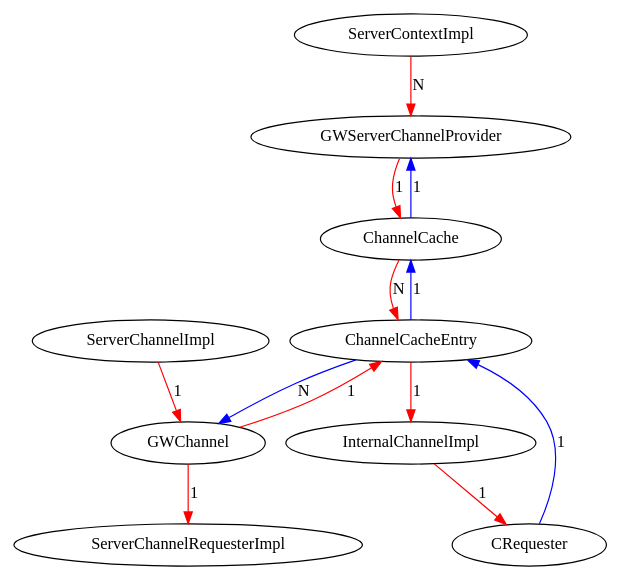
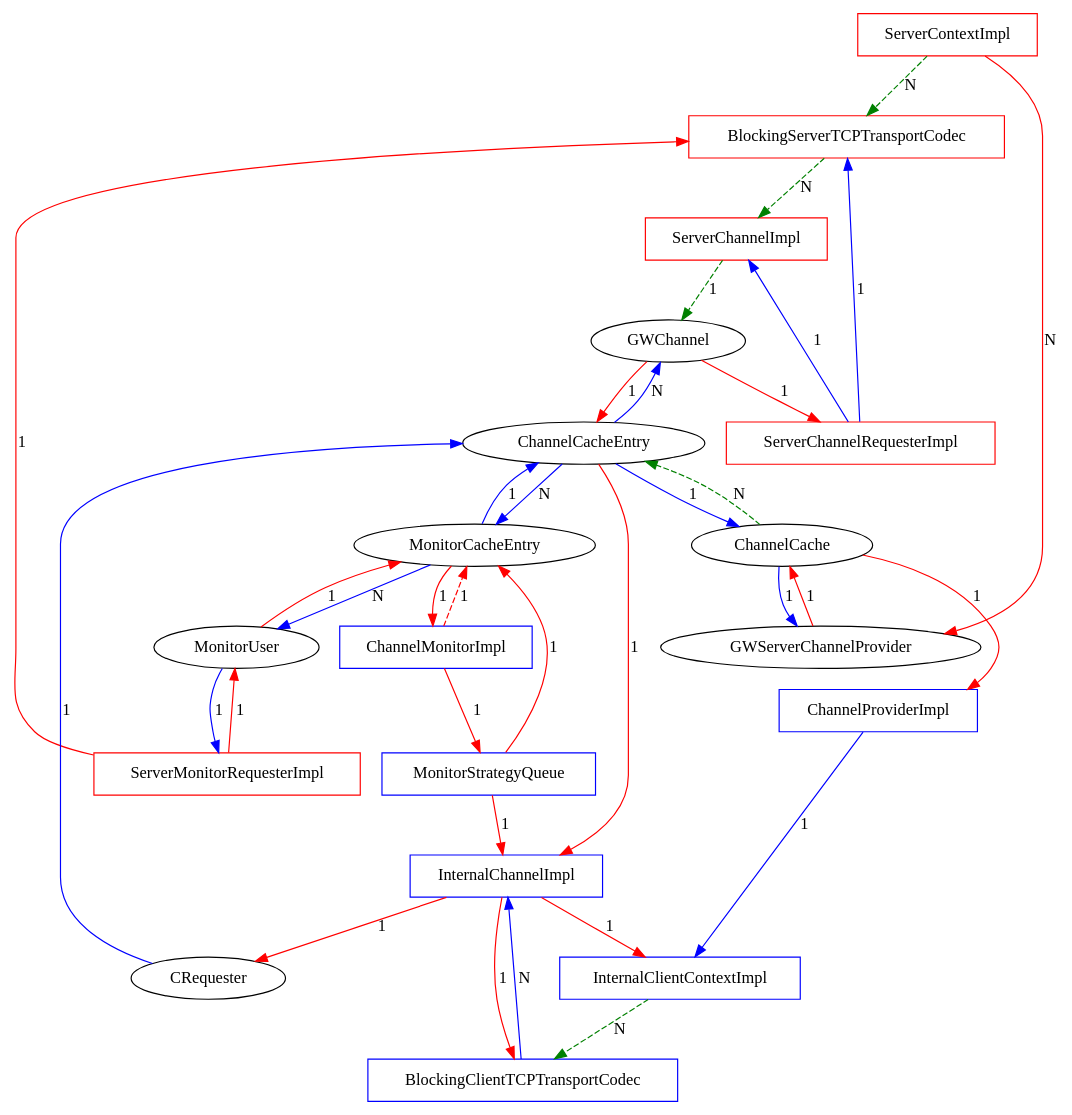
Before and after one commit to epics-base/pva2pva: the diagram in documentation/structs.dot, drawn with Graphviz. The commit also changed 3 other files, not shown here.

```diff
--- a/documentation/structs.dot
+++ b/documentation/structs.dot
@@ -1,31 +1,79 @@
 digraph {
-  serv [label="ServerContextImpl"];
-  gwprov [label="GWServerChannelProvider"];
-  cache [label="ChannelCache"];
-  entry [label="ChannelCacheEntry"];
-  clichan [label="InternalChannelImpl"];
-  gwchan [label="GWChannel"];
-  creq [label="CRequester"];
-  servreq [label="ServerChannelRequesterImpl"];
-  servchan [label="ServerChannelImpl"];
+  # PVA server components are red boxes
+  # PVA client components are blue boxes
+  # GW components are black ovals
+  #
+  # red lines are strong references either '1' (1 to 1) or 'N' (1 to N)
+  # green lines are strong references which are explicitly broken on some event
+  # blue lines are weak references
+  
+  ServerContextImpl [shape=box,color=red];
+  BlockingServerTCPTransportCodec [shape=box,color=red];
+  ServerChannelImpl [shape=box,color=red];
+  ServerChannelRequesterImpl [shape=box,color=red];
+  ServerChannelImpl [shape=box,color=red];
+  ServerMonitorRequesterImpl [shape=box,color=red];
 
-  serv -> gwprov [color=red,label="N"];
+  InternalClientContextImpl [shape=box,color=blue];
+  ChannelProviderImpl [shape=box,color=blue];
+  BlockingClientTCPTransportCodec [shape=box,color=blue];
+  InternalChannelImpl [shape=box,color=blue];
+  ChannelMonitorImpl [shape=box,color=blue];
+  MonitorStrategyQueue [shape=box,color=blue];
 
-  gwprov -> cache [color=red,label="1"];
+  GWServerChannelProvider;
+  ChannelCache;
+  ChannelCacheEntry;
+  GWChannel;
+  CRequester;
+  MonitorCacheEntry;
+  MonitorUser;
 
-  cache -> entry [color=red,label="N"];
-  cache -> gwprov [color=blue,label="1"];
+  ## Server Internals
+  # Really goes through TransportRegistry
+  ServerContextImpl -> BlockingServerTCPTransportCodec [color=green,style=dashed,label="N"];
+  BlockingServerTCPTransportCodec -> ServerChannelImpl [color=green,style=dashed,label="N"];
+  ServerChannelRequesterImpl -> BlockingServerTCPTransportCodec [color=blue,label="1"];
+  ServerChannelRequesterImpl -> ServerChannelImpl [color=blue,label="1"];
+  ServerMonitorRequesterImpl -> BlockingServerTCPTransportCodec [color=red,label="1"];
 
-  entry -> cache [color=blue,label="1"];
-  entry -> clichan [color=red,label="1"];
-  entry -> gwchan [color=blue,label="N"];
+  ## Server to GW
+  ServerContextImpl -> GWServerChannelProvider [color=red,label="N"];
+  ServerChannelImpl -> GWChannel [color=green,style=dashed,label="1"];
+  GWChannel -> ServerChannelRequesterImpl [color=red,label="1"];
+  MonitorUser -> ServerMonitorRequesterImpl [color=blue,label="1"];
+  ServerMonitorRequesterImpl -> MonitorUser [color=red,label="1"];
 
-  clichan -> creq [color=red,label="1"];
+  ## GW internal
+  GWServerChannelProvider -> ChannelCache [color=red,label="1"];
+  GWChannel -> ChannelCacheEntry [color=red,label="1"];
 
-  creq -> entry [color=blue,label="1"];
+  ChannelCache -> ChannelCacheEntry [color=green,style=dashed,label="N"];
+  ChannelCache -> GWServerChannelProvider [color=blue,label="1"];
 
-  gwchan -> entry [color=red,label="1"];
-  gwchan -> servreq [color=red,label="1"];
+  ChannelCacheEntry -> ChannelCache [color=blue,label="1"];
+  CRequester -> ChannelCacheEntry [color=blue,label="1"];
+  ChannelCacheEntry -> GWChannel [color=blue,label="N"];
+  ChannelCacheEntry -> MonitorCacheEntry [color=blue,label="N"];
+  MonitorCacheEntry -> ChannelCacheEntry [color=blue,label="1"];
+  MonitorCacheEntry -> MonitorUser [color=blue,label="N"];
+  MonitorUser -> MonitorCacheEntry [color=red,label="1"];
 
-  servchan -> gwchan [color=red,label="1"];
+  ## GW to Client
+  ChannelCache -> ChannelProviderImpl [color=red,label="1"];
+  ChannelCacheEntry -> InternalChannelImpl [color=red,label="1"];
+  MonitorCacheEntry -> ChannelMonitorImpl [color=red,label="1"];
+  InternalChannelImpl -> CRequester [color=red,label="1"];
+  ChannelMonitorImpl -> MonitorCacheEntry [color=red,style=dashed,label="1"];
+  MonitorStrategyQueue -> MonitorCacheEntry [color=red,label="1"];
+
+  ## Client internals
+  ChannelProviderImpl -> InternalClientContextImpl [color=blue,label="1"];
+  # Really goes through TransportRegistry
+  InternalClientContextImpl -> BlockingClientTCPTransportCodec [color=green,style=dashed,label="N"];
+  BlockingClientTCPTransportCodec -> InternalChannelImpl [color=blue,label="N"];
+  InternalChannelImpl -> BlockingClientTCPTransportCodec [color=red,label="1"];
+  InternalChannelImpl -> InternalClientContextImpl [color=red,label="1"];
+  ChannelMonitorImpl -> MonitorStrategyQueue [color=red,label="1"];
+  MonitorStrategyQueue -> InternalChannelImpl [color=red,label="1"];
 }
```
